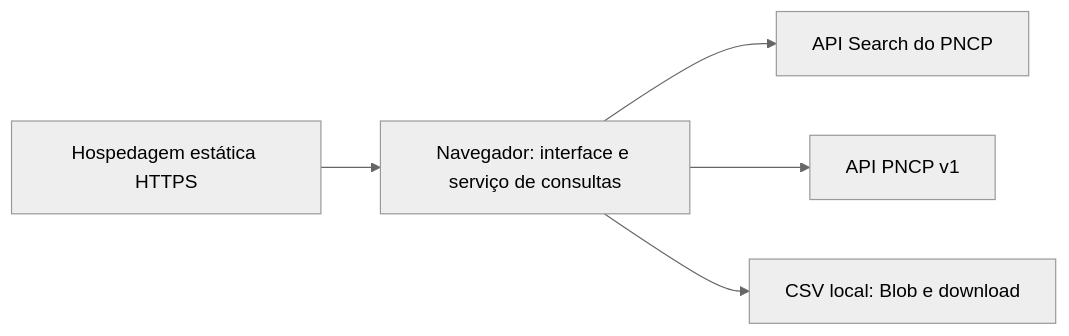
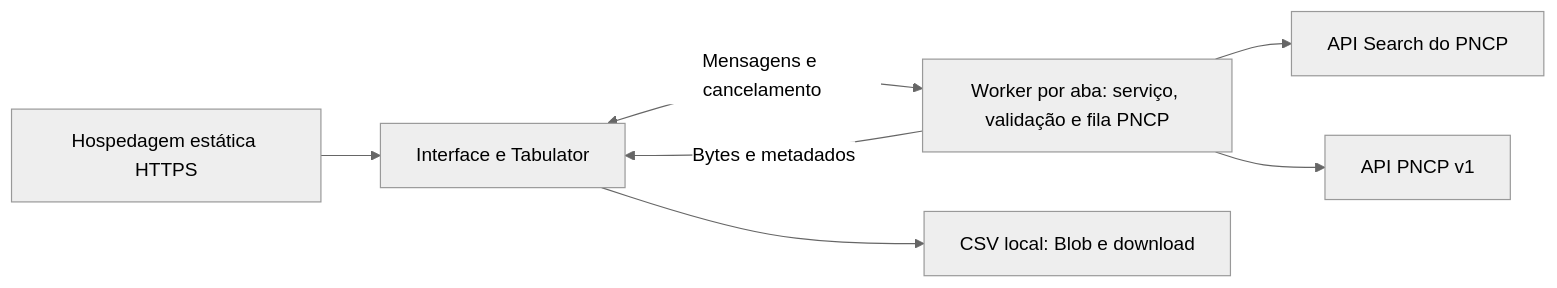
Before and after one commit to victorgmbraga/compras-web: the diagram in docs/viabilidade-browser.md, drawn with Mermaid (neutral theme). The commit also changed other lines of this file and 2 other files, not shown here.

Commit message:
docs: revise browser feasibility and plan migration

````diff
--- a/docs/viabilidade-browser.md
+++ b/docs/viabilidade-browser.md
@@ -51,7 +51,9 @@
 ```mermaid
 flowchart LR
-    Static[Hospedagem estática HTTPS] --> Browser["Navegador: interface e serviço de consultas"]
-    Browser --> Search[API Search do PNCP]
-    Browser --> Details[API PNCP v1]
-    Browser --> CSV["CSV local: Blob e download"]
+    Static[Hospedagem estática HTTPS] --> UI[Interface e Tabulator]
+    UI <-->|Mensagens e cancelamento| Worker["Worker por aba: serviço, validação e fila PNCP"]
+    Worker --> Search[API Search do PNCP]
+    Worker --> Details[API PNCP v1]
+    Worker -->|Bytes e metadados| UI
+    UI --> CSV["CSV local: Blob e download"]
 ```
````
